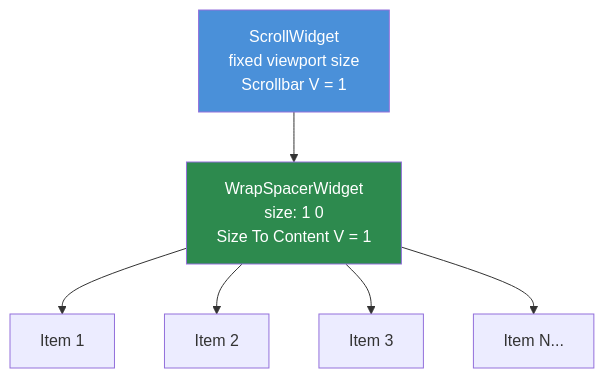
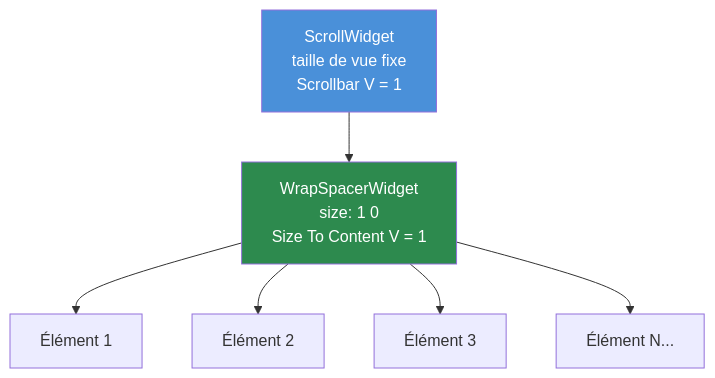
Before and after one commit to StarDZ-Team/DayZ-Modding-Wiki: the second of 2 diagrams in fr/03-gui-system/04-containers.md, drawn with Mermaid. The commit also changed other lines of this file and 3 other files, not shown here.

````diff
--- a/fr/03-gui-system/04-containers.md
+++ b/fr/03-gui-system/04-containers.md
@@ -323,18 +323,18 @@
 ```mermaid
 graph TB
-    SCROLL["ScrollWidget<br/>fixed viewport size<br/>Scrollbar V = 1"]
+    SCROLL["ScrollWidget<br/>taille de vue fixe<br/>Scrollbar V = 1"]
     WRAP["WrapSpacerWidget<br/>size: 1 0<br/>Size To Content V = 1"]
-    I1["Item 1"]
-    I2["Item 2"]
-    I3["Item 3"]
-    I4["Item N..."]
+    I1["Élément 1"]
+    I2["Élément 2"]
+    I3["Élément 3"]
+    I4["Élément N..."]
 
     SCROLL --> WRAP
     WRAP --> I1
     WRAP --> I2
     WRAP --> I3
     WRAP --> I4
 
     style SCROLL fill:#4A90D9,color:#fff
     style WRAP fill:#2D8A4E,color:#fff
 ```
````
